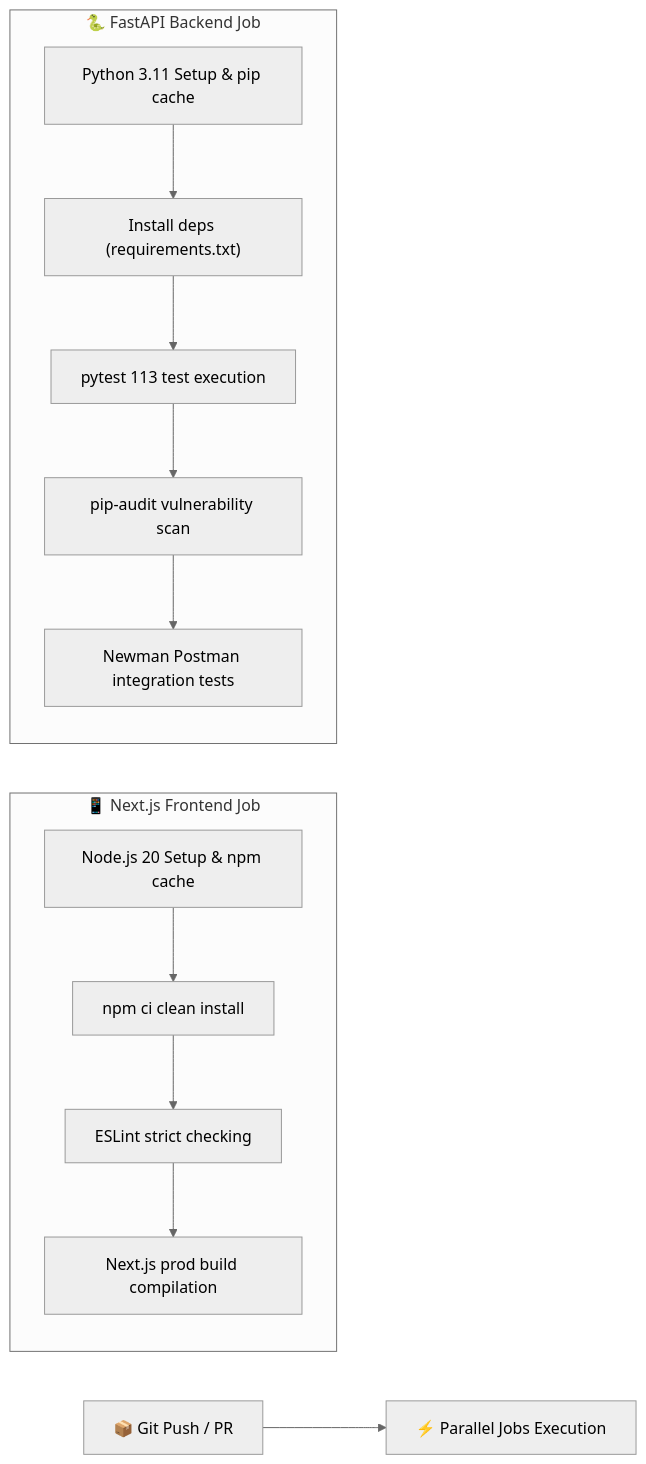
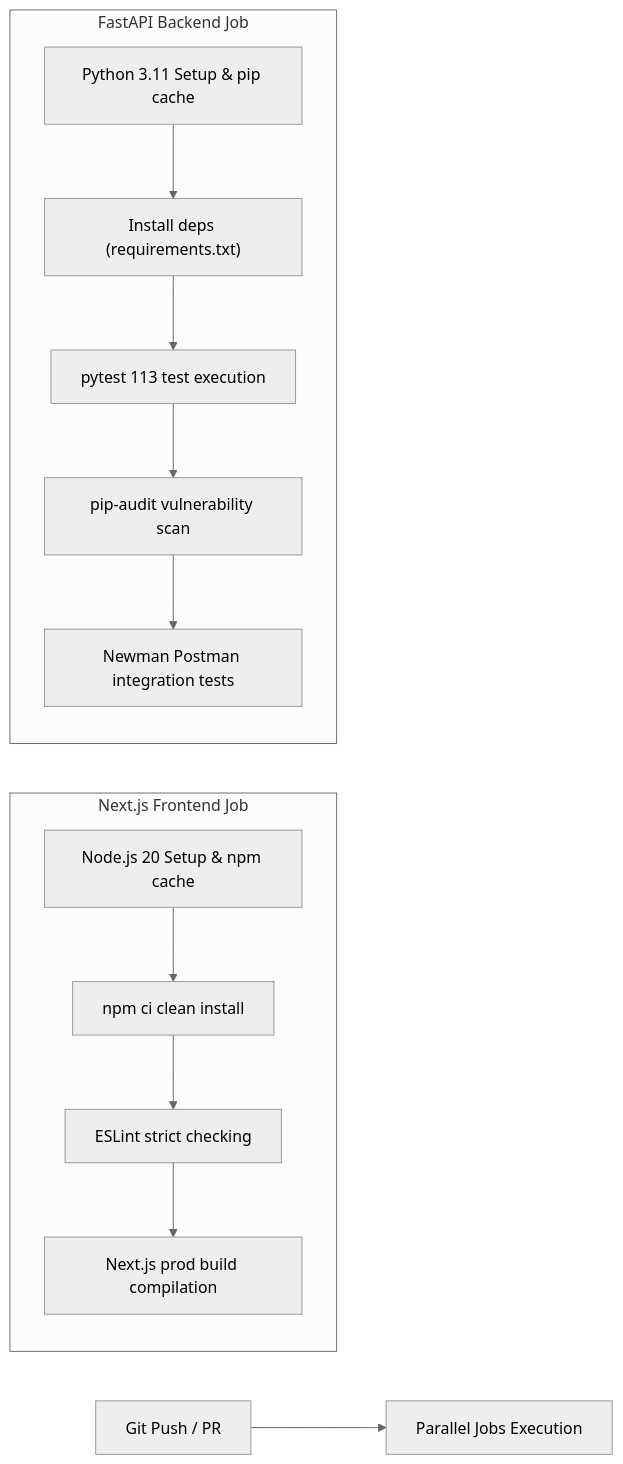
Diagram 11 of 12 in README.md (Anil-Pradhan-web/ai-career-mentor), drawn with Mermaid (neutral theme) before and after one commit. The commit also changed other lines of this file and 2 other files, not shown here.

Commit message:
docs: add high-resolution system architecture diagram image to README.md and ARCHITECTURE.md

````diff
--- a/README.md
+++ b/README.md
@@ -765,19 +759,19 @@
 ```mermaid
 flowchart LR
-    TRIGGER["📦 Git Push / PR"] --> PARALLEL["⚡ Parallel Jobs Execution"]
+    TRIGGER["Git Push / PR"] --> PARALLEL["Parallel Jobs Execution"]
     
-    subgraph "📱 Next.js Frontend Job"
+    subgraph "Next.js Frontend Job"
         F1["Node.js 20 Setup & npm cache"]
         F1 --> F2["npm ci clean install"]
         F2 --> F3["ESLint strict checking"]
         F3 --> F4["Next.js prod build compilation"]
     end
     
-    subgraph "🐍 FastAPI Backend Job"
+    subgraph "FastAPI Backend Job"
         B1["Python 3.11 Setup & pip cache"]
         B1 --> B2["Install deps (requirements.txt)"]
         B2 --> B3["pytest 113 test execution"]
         B3 --> B4["pip-audit vulnerability scan"]
         B4 --> B5["Newman Postman integration tests"]
     end
 ```
````
